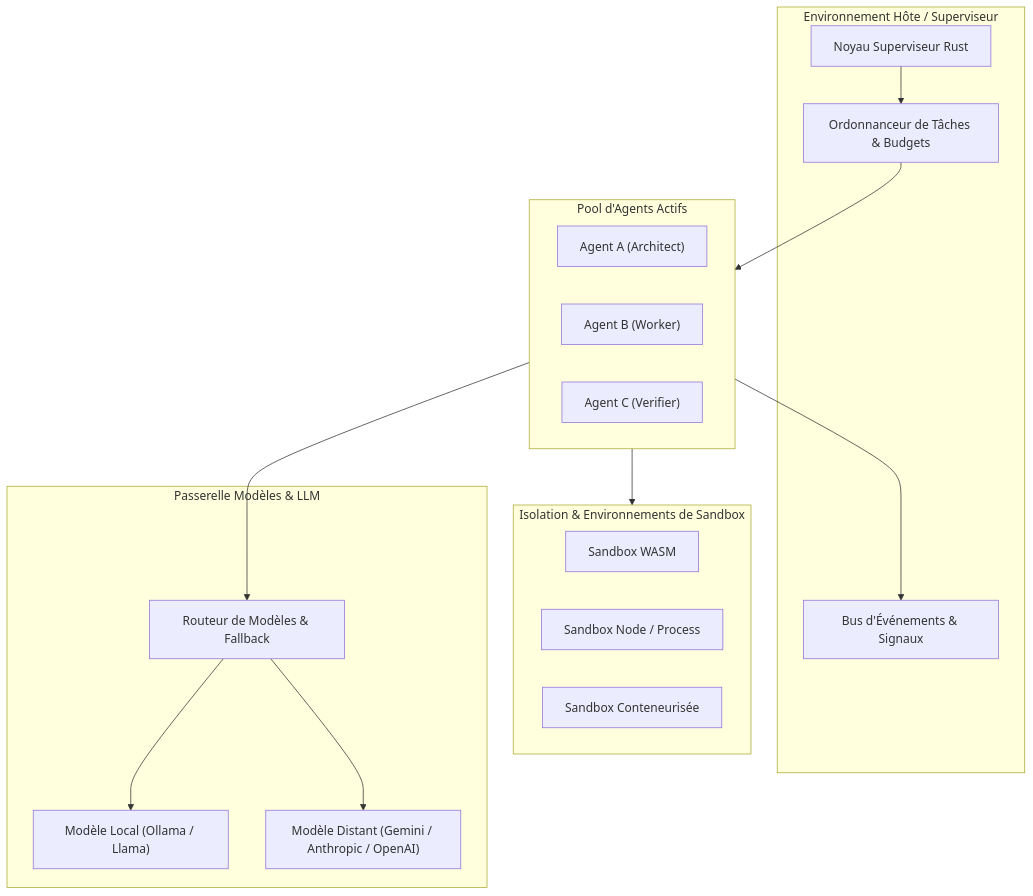
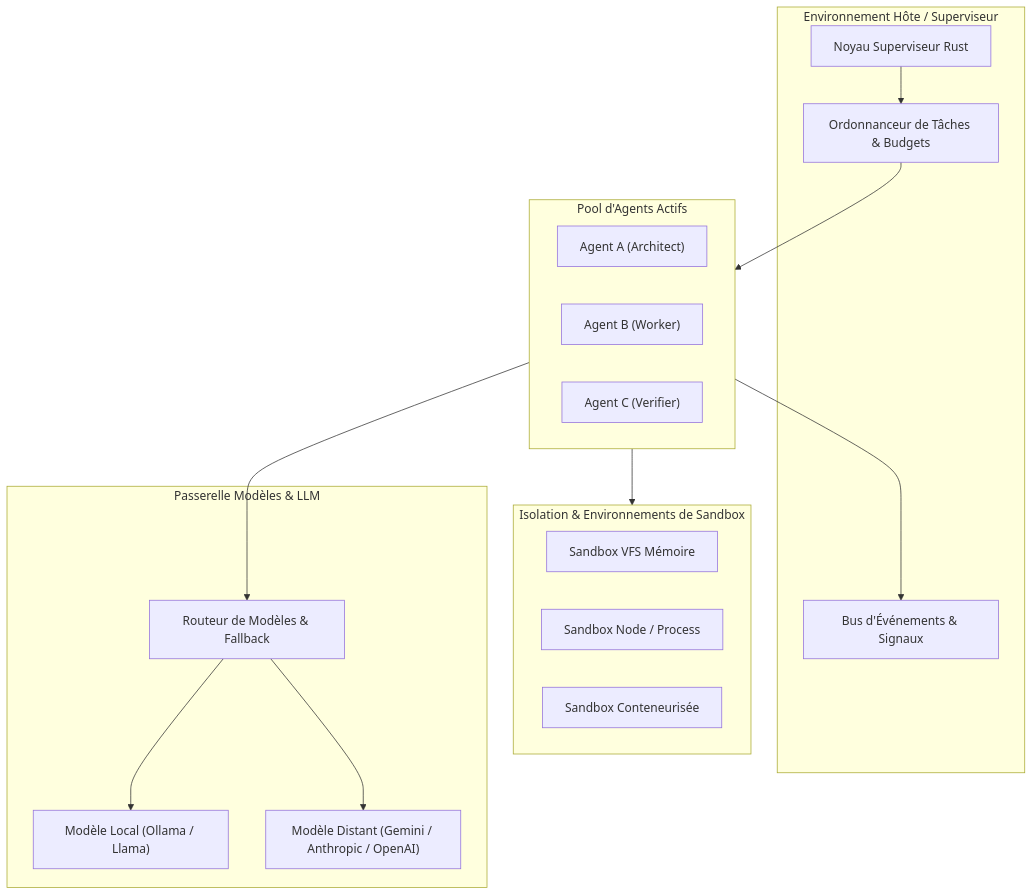
The third of 6 diagrams in docs/RUNTIME_AGENTIQUE.md (PISSARAW/GenOS), drawn with Mermaid before and after one commit. The commit also changed 5 other files, not shown here.

````diff
--- a/docs/RUNTIME_AGENTIQUE.md
+++ b/docs/RUNTIME_AGENTIQUE.md
@@ -279,34 +279,34 @@
 ```mermaid
 flowchart TB
     subgraph Host["Environnement Hôte / Superviseur"]
         Kernel["Noyau Superviseur Rust"]
         Scheduler["Ordonnanceur de Tâches & Budgets"]
         EventBus["Bus d'Événements & Signaux"]
     end
 
     subgraph AgentPool["Pool d'Agents Actifs"]
         A1["Agent A (Architect)"]
         A2["Agent B (Worker)"]
         A3["Agent C (Verifier)"]
     end
 
     subgraph Sandboxes["Isolation & Environnements de Sandbox"]
-        SB1["Sandbox WASM"]
+        SB1["Sandbox VFS Mémoire"]
         SB2["Sandbox Node / Process"]
         SB3["Sandbox Conteneurisée"]
     end
 
     subgraph ProviderLayer["Passerelle Modèles & LLM"]
         Router["Routeur de Modèles & Fallback"]
         LocalModel["Modèle Local (Ollama / Llama)"]
         RemoteModel["Modèle Distant (Gemini / Anthropic / OpenAI)"]
     end
 
     Kernel --> Scheduler
     Scheduler --> AgentPool
     AgentPool --> Sandboxes
     AgentPool --> Router
     Router --> LocalModel
     Router --> RemoteModel
     AgentPool --> EventBus
 ```
````
